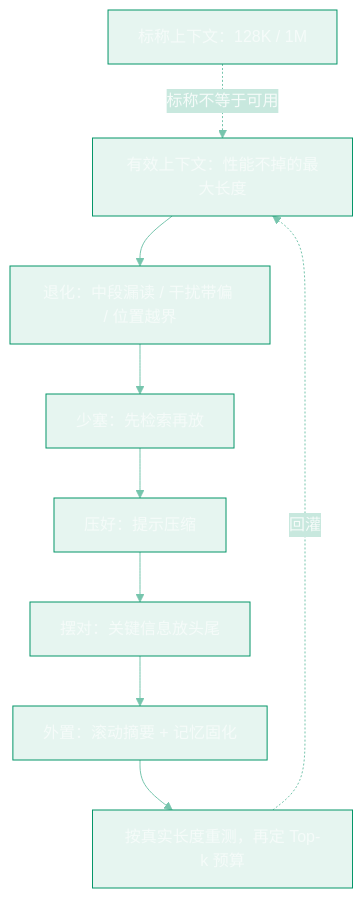
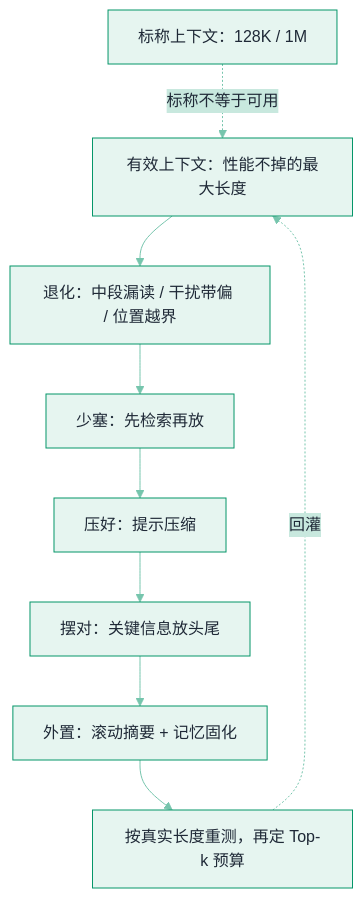
One commit to funny8kids/ai-agent-handbook changed the diagram in docs/06-memory-rag/long-context-degradation.md. Above: the diagram before and after it, drawn with Mermaid. The commit also changed 10 other files, not shown here.

First line of the commit message:
Round 85: the chapter-colour rule had a human re-check as its only evidence — land check_mermaid_palette.py, and the first pass finds a page whose labels ship near-white

````diff
--- a/docs/06-memory-rag/long-context-degradation.md
+++ b/docs/06-memory-rag/long-context-degradation.md
@@ -38,12 +38,12 @@
 ```mermaid
-%%{init: {"theme":"base","themeVariables":{"primaryColor":"#E6F5F0","primaryBorderColor":"#059669","primaryTextColor":"#F5FBF9","secondaryColor":"#C8E8DE","tertiaryColor":"#F5FBF9","lineColor":"#76C5AD","actorBkg":"#EBF7F3","actorBorder":"#059669","actorTextColor":"#F5FBF9","signalColor":"#50B696","noteBkgColor":"#D2ECE4","noteBorderColor":"#059669","noteTextColor":"#F5FBF9","labelBoxBkgColor":"#E6F5F0","labelBoxBorderColor":"#059669"}}}%%
+%%{init: {"theme":"base","themeVariables":{"primaryColor":"#E6F5F0","primaryBorderColor":"#059669","primaryTextColor":"#1F2937","secondaryColor":"#C8E8DE","tertiaryColor":"#F5FBF9","lineColor":"#76C5AD","actorBkg":"#EBF7F3","actorBorder":"#059669","actorTextColor":"#1F2937","signalColor":"#50B696","noteBkgColor":"#D2ECE4","noteBorderColor":"#059669","noteTextColor":"#1F2937","labelBoxBkgColor":"#E6F5F0","labelBoxBorderColor":"#059669"}}}%%
 flowchart TD
     NOM["标称上下文：128K / 1M"] -.->|"标称不等于可用"| EFF["有效上下文：性能不掉的最大长度"]
     EFF --> SYM["退化：中段漏读 / 干扰带偏 / 位置越界"]
     SYM --> M1["少塞：先检索再放"]
     M1 --> M2["压好：提示压缩"]
     M2 --> M3["摆对：关键信息放头尾"]
     M3 --> M4["外置：滚动摘要 + 记忆固化"]
     M4 --> WIN["按真实长度重测，再定 Top-k 预算"]
     WIN -.->|"回灌"| EFF
 ```
````
